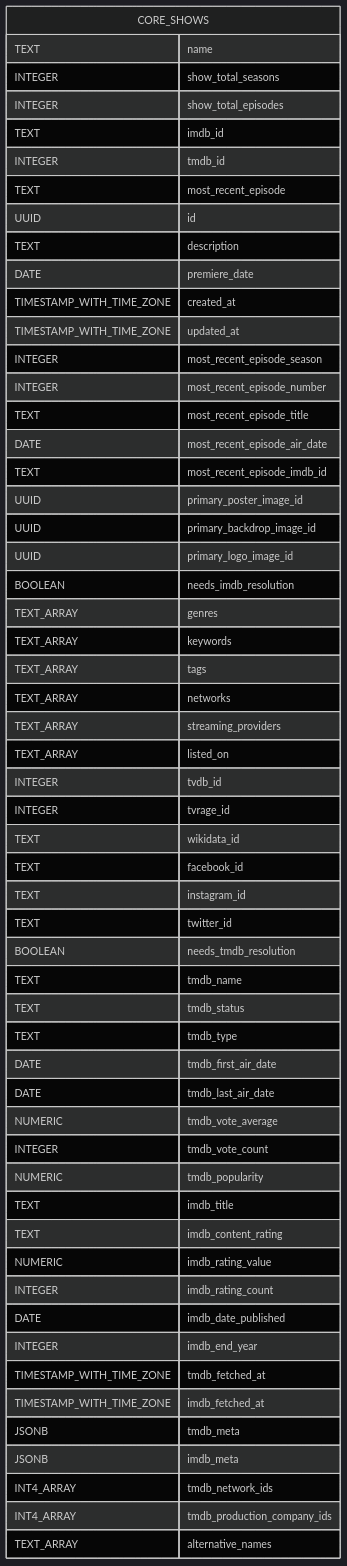
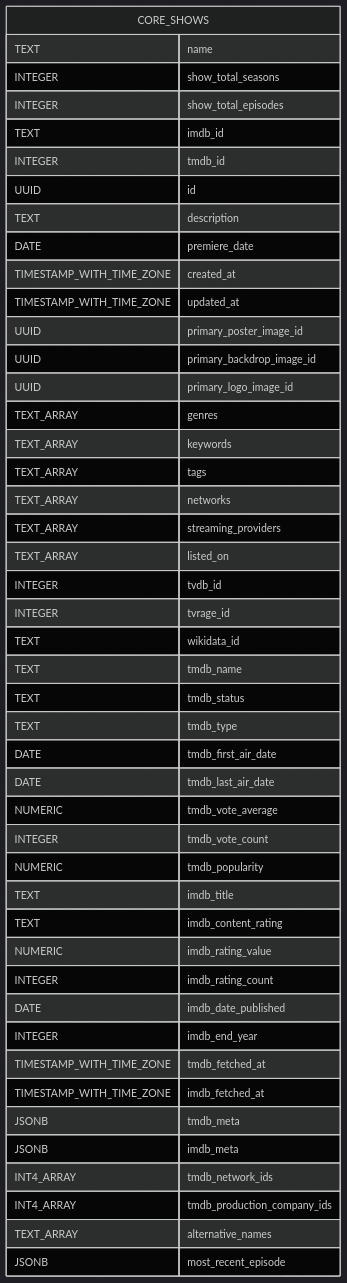
Before and after one commit to therealityreport/trr-backend: the diagram in supabase/schema_docs/diagrams/core.shows.mermaid.md, drawn with Mermaid (dark theme). The commit also changed 30 other files, not shown here.

Commit message:
docs(schema): refresh generated schema docs

````diff
--- a/supabase/schema_docs/diagrams/core.shows.mermaid.md
+++ b/supabase/schema_docs/diagrams/core.shows.mermaid.md
@@ -4,59 +4,49 @@
 ```mermaid
 erDiagram
     CORE_SHOWS {
         TEXT name
         INTEGER show_total_seasons
         INTEGER show_total_episodes
         TEXT imdb_id
         INTEGER tmdb_id
-        TEXT most_recent_episode
         UUID id
         TEXT description
         DATE premiere_date
         TIMESTAMP_WITH_TIME_ZONE created_at
         TIMESTAMP_WITH_TIME_ZONE updated_at
-        INTEGER most_recent_episode_season
-        INTEGER most_recent_episode_number
-        TEXT most_recent_episode_title
-        DATE most_recent_episode_air_date
-        TEXT most_recent_episode_imdb_id
         UUID primary_poster_image_id
         UUID primary_backdrop_image_id
         UUID primary_logo_image_id
-        BOOLEAN needs_imdb_resolution
         TEXT_ARRAY genres
         TEXT_ARRAY keywords
         TEXT_ARRAY tags
         TEXT_ARRAY networks
         TEXT_ARRAY streaming_providers
         TEXT_ARRAY listed_on
         INTEGER tvdb_id
         INTEGER tvrage_id
         TEXT wikidata_id
-        TEXT facebook_id
-        TEXT instagram_id
-        TEXT twitter_id
-        BOOLEAN needs_tmdb_resolution
         TEXT tmdb_name
         TEXT tmdb_status
         TEXT tmdb_type
         DATE tmdb_first_air_date
         DATE tmdb_last_air_date
         NUMERIC tmdb_vote_average
         INTEGER tmdb_vote_count
         NUMERIC tmdb_popularity
         TEXT imdb_title
         TEXT imdb_content_rating
         NUMERIC imdb_rating_value
         INTEGER imdb_rating_count
         DATE imdb_date_published
         INTEGER imdb_end_year
         TIMESTAMP_WITH_TIME_ZONE tmdb_fetched_at
         TIMESTAMP_WITH_TIME_ZONE imdb_fetched_at
         JSONB tmdb_meta
         JSONB imdb_meta
         INT4_ARRAY tmdb_network_ids
         INT4_ARRAY tmdb_production_company_ids
         TEXT_ARRAY alternative_names
+        JSONB most_recent_episode
     }
 ```
````
